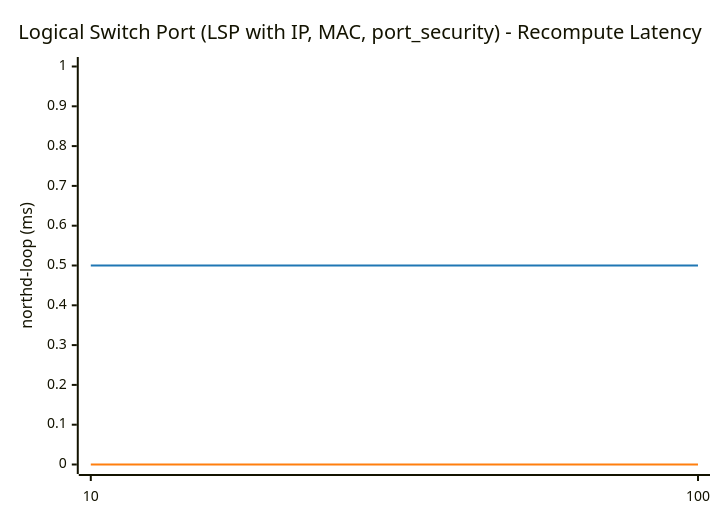
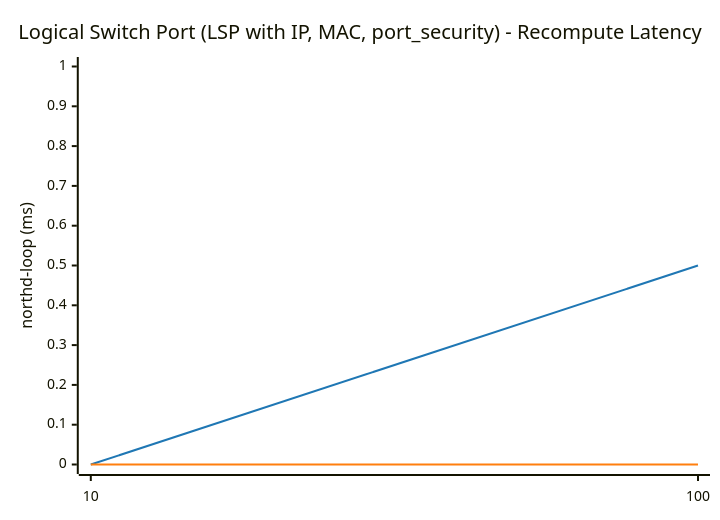
Before and after one commit to LionelJouin/ovs-ovn-bench: the first of 8 diagrams in results/BENCHMARK_REPORT.md, drawn with Mermaid. The commit also changed other lines of this file and 3 other files, not shown here.

````diff
--- a/results/BENCHMARK_REPORT.md
+++ b/results/BENCHMARK_REPORT.md
@@ -62,14 +62,14 @@
 ```mermaid
 ---
 config:
     themeVariables:
         xyChart:
             plotColorPalette: "#1f77b4, #ff7f0e"
 ---
 xychart-beta
     title "Logical Switch Port (LSP with IP, MAC, port_security) - Recompute Latency"
     x-axis ["10", "100"]
     y-axis "northd-loop (ms)" 0 --> 1
-    line "glibc malloc" [0.5, 0.5]
+    line "glibc malloc" [0.0, 0.5]
     line "jemalloc" [0.0, 0.0]
 ```
````
